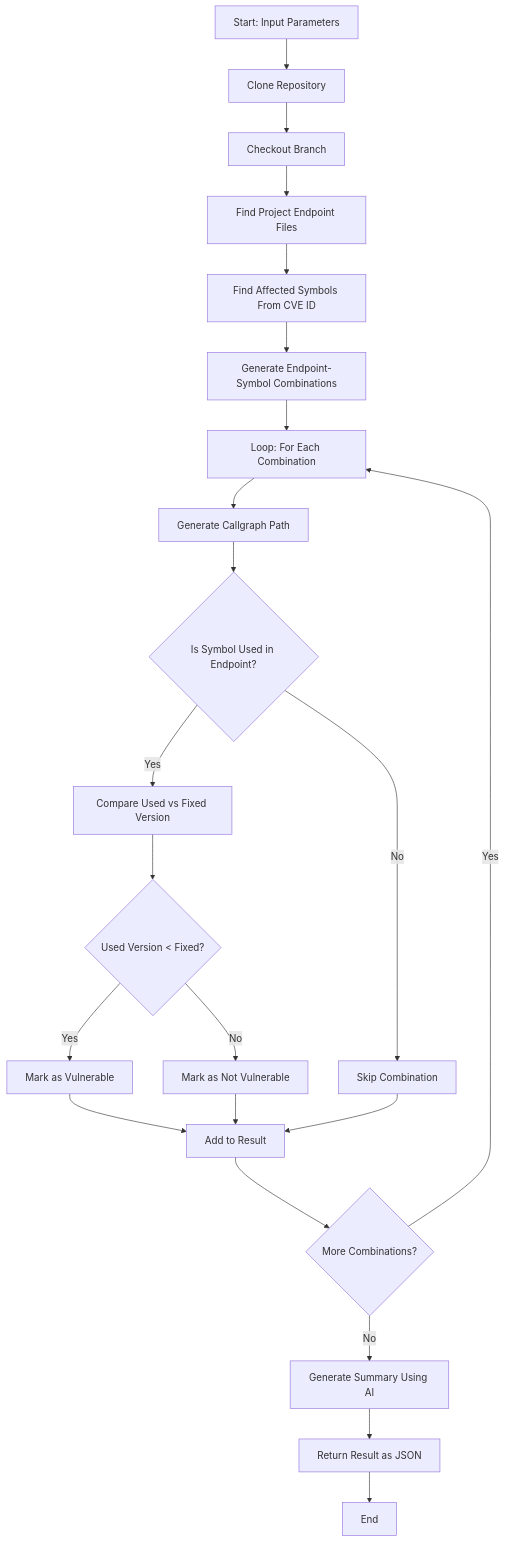
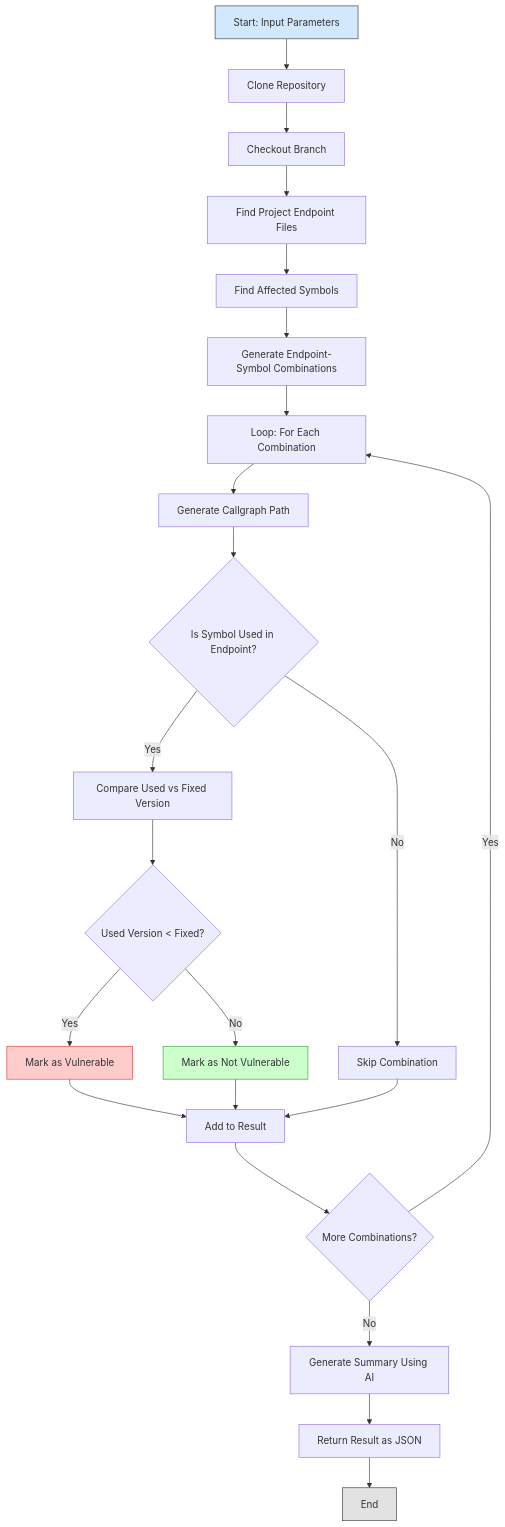
The diagram in README.md (k37y/gvs), drawn with Mermaid before and after one commit.

````diff
--- a/README.md
+++ b/README.md
@@ -7,24 +7,30 @@
 ```mermaid
 flowchart TD
     A[Start: Input Parameters] --> B[Clone Repository]
     B --> C[Checkout Branch]
     C --> D[Find Project Endpoint Files]
-    D --> E[Find Affected Symbols From CVE ID]
+    D --> E[Find Affected Symbols]
     E --> F[Generate Endpoint-Symbol Combinations]
     F --> G[Loop: For Each Combination]
     G --> H[Generate Callgraph Path]
     H --> I{Is Symbol Used in Endpoint?}
     I -- Yes --> J[Compare Used vs Fixed Version]
     J --> K{Used Version < Fixed?}
     K -- Yes --> L[Mark as Vulnerable]
     K -- No --> M[Mark as Not Vulnerable]
     L --> N[Add to Result]
     M --> N
     I -- No --> O[Skip Combination]
     O --> N
     N --> P{More Combinations?}
     P -- Yes --> G
     P -- No --> Q[Generate Summary Using AI]
     Q --> R[Return Result as JSON]
     R --> S[End]
+
+    %% Style nodes
+    style A fill:#d1e8ff,stroke:#333,stroke-width:1px
+    style L fill:#ffcccc,stroke:#d33,stroke-width:1px
+    style M fill:#ccffcc,stroke:#393,stroke-width:1px
+    style S fill:#e2e2e2,stroke:#333,stroke-width:1px
 ```
````
